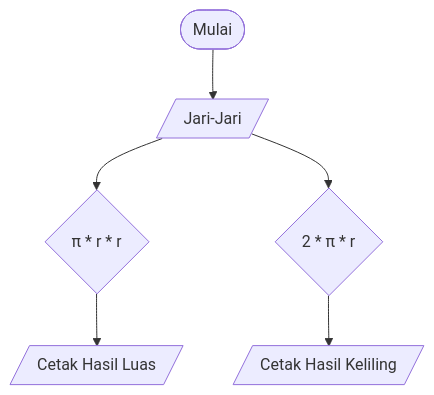
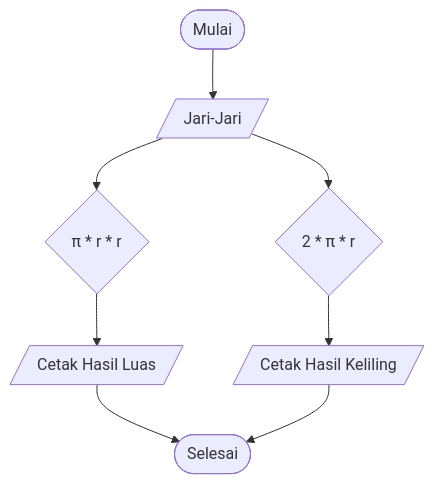
Before and after one commit to whyu07/koda-b10-algoritma: the second of 2 diagrams in README.md, drawn with Mermaid. The commit also changed other lines of this file, not shown here.

````diff
--- a/README.md
+++ b/README.md
@@ -37,9 +37,11 @@
 ```mermaid
 flowchart TD 
     A([Mulai]) --> B[/Jari-Jari/]
     B --> Luas{"π * r * r"}
     B --> Keliling{"2 * π * r"}
 
-    Luas --> D[/Cetak Hasil Luas/]
-    Keliling --> E[/Cetak Hasil Keliling/]
+    Luas --> D[/Cetak Hasil Luas/] --> Z
+    Keliling --> E[/Cetak Hasil Keliling/] --> Z
+    
+    Z([Selesai])
 ```
````
